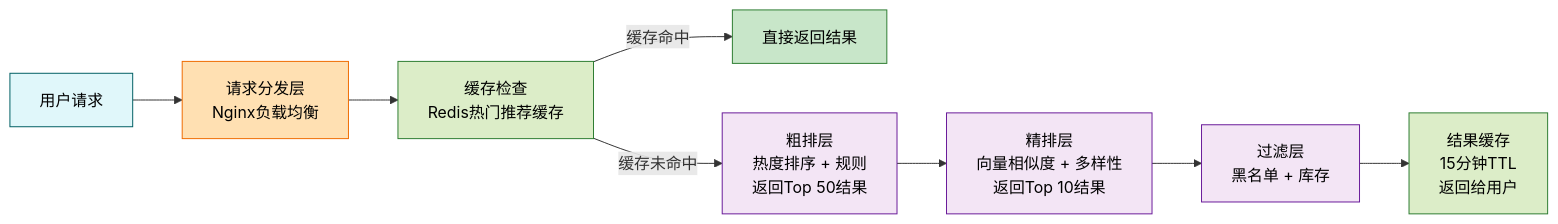
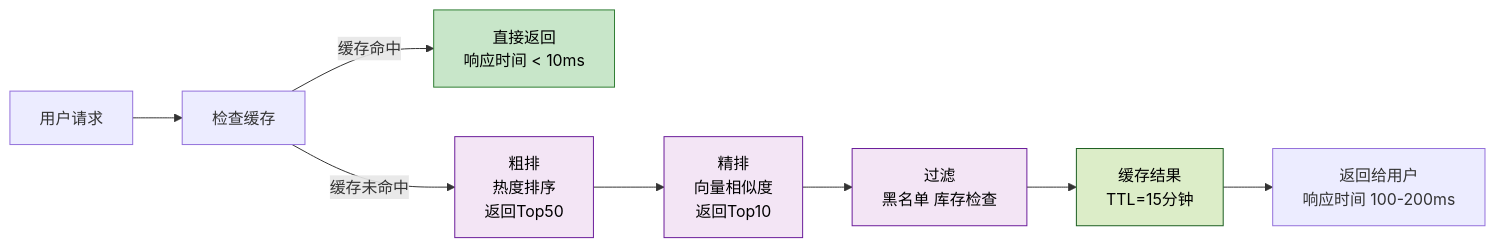
The tenth of 13 diagrams in start-here/AI-Era-Programmers-as-System-Design-Engineers.md (microwind/algorithms), drawn with Mermaid before and after one commit. The commit also changed other lines of this file and 3 other files, not shown here.

````diff
--- a/start-here/AI-Era-Programmers-as-System-Design-Engineers.md
+++ b/start-here/AI-Era-Programmers-as-System-Design-Engineers.md
@@ -1001,18 +983,18 @@
 ```mermaid
 graph LR
-    A[用户请求]:::user --> B[请求分发层<br/>Nginx负载均衡]:::dispatch
-    B --> C[缓存检查<br/>Redis热门推荐缓存]:::cache
-    
-    C -->|缓存命中| D[直接返回结果]:::cache_hit
-    C -->|缓存未命中| E[粗排层<br/>热度排序 + 规则<br/>返回Top 50结果]:::compute
-    
-    E --> F[精排层<br/>向量相似度 + 多样性<br/>返回Top 10结果]:::compute
-    F --> G[过滤层<br/>黑名单 + 库存]:::compute
-    G --> H[结果缓存<br/>15分钟TTL<br/>返回给用户]:::cache
+    A[用户请求] --> B[检查缓存]
+    B -->|缓存命中| C[直接返回<br/>响应时间 < 10ms]
+    B -->|缓存未命中| D[粗排<br/>热度排序<br/>返回Top50]
+    D --> E[精排<br/>向量相似度<br/>返回Top10]
+    E --> F[过滤<br/>黑名单 库存检查]
+    F --> G[缓存结果<br/>TTL=15分钟]
+    G --> H[返回给用户<br/>响应时间 100-200ms]
 
-    classDef user fill:#e0f7fa,stroke:#006064,color:#000;
-    classDef dispatch fill:#ffe0b2,stroke:#ef6c00,color:#000;
-    classDef cache fill:#dcedc8,stroke:#2e7d32,color:#000;
-    classDef cache_hit fill:#c8e6c9,stroke:#2e7d32,color:#000;
+    classDef fast fill:#c8e6c9,stroke:#2e7d32,color:#000;
     classDef compute fill:#f3e5f5,stroke:#6a1b9a,color:#000;
+    classDef cache fill:#dcedc8,stroke:#1b5e20,color:#000;
+
+    class C fast;
+    class D,E,F compute;
+    class G cache;
 ```
````
